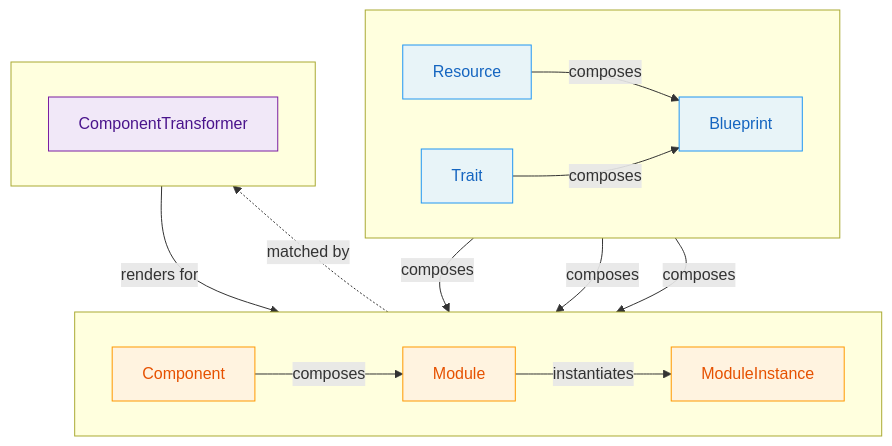
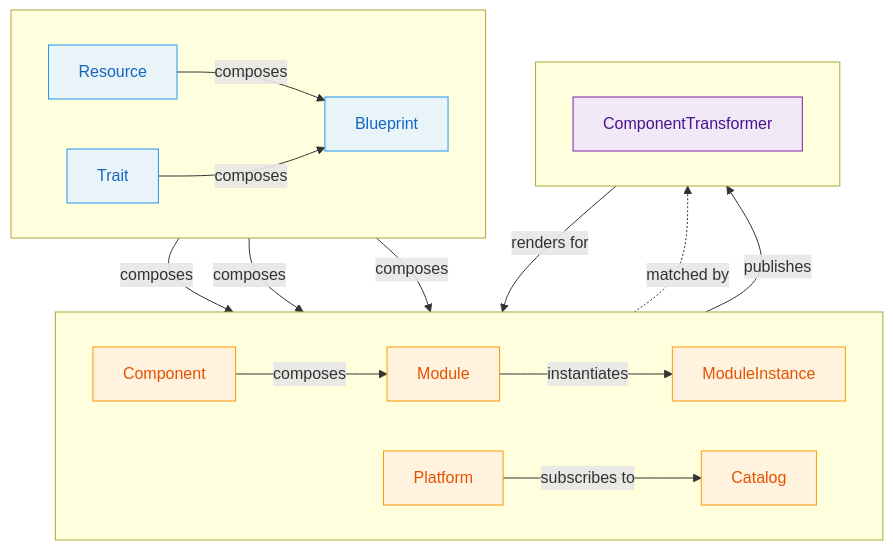
Before and after one commit to open-platform-model/core: the diagram in docs/definition-types.md, drawn with Mermaid. The commit also changed other lines of this file and 13 other files, not shown here.

````diff
--- a/docs/definition-types.md
+++ b/docs/definition-types.md
@@ -11,38 +13,43 @@
 ```mermaid
 graph TB
     subgraph Primitives[" "]
         direction LR
         Resource:::primitive
         Trait:::primitive
         Blueprint:::primitive
     end
 
     subgraph Constructs[" "]
         direction LR
         Component:::construct
         Module:::construct
         ModuleInstance:::construct
+        Catalog:::construct
+        Platform:::construct
     end
 
     subgraph Adapters[" "]
         direction LR
         ComponentTransformer:::adapter
     end
 
     Resource -->|composes| Blueprint
     Trait -->|composes| Blueprint
 
     Resource -->|composes| Component
     Trait -->|composes| Component
     Blueprint -->|composes| Component
 
     Component -->|composes| Module
     Module -->|instantiates| ModuleInstance
 
     Component -.->|matched by| ComponentTransformer
     ComponentTransformer -->|renders for| ModuleInstance
 
+    Catalog -->|publishes| ComponentTransformer
+    Platform -->|subscribes to| Catalog
+
     classDef primitive fill:#e8f4f8,stroke:#2196F3,color:#1565C0
     classDef construct fill:#fff3e0,stroke:#FF9800,color:#E65100
     classDef adapter  fill:#f1e8f8,stroke:#7B1FA2,color:#4A148C
 ```
````
